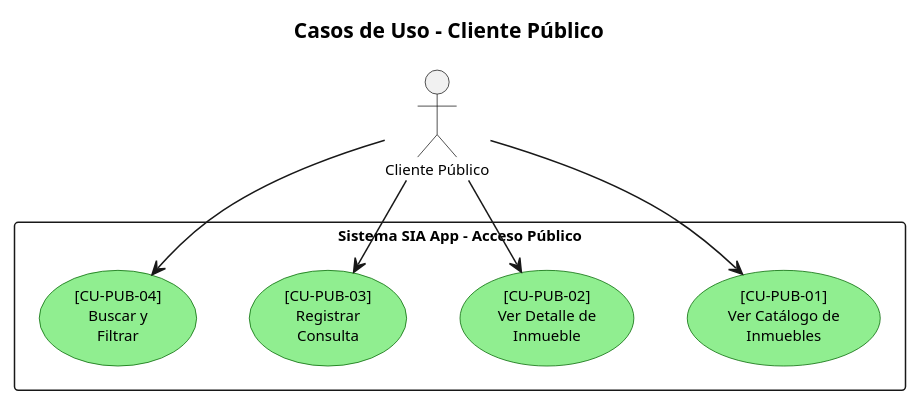
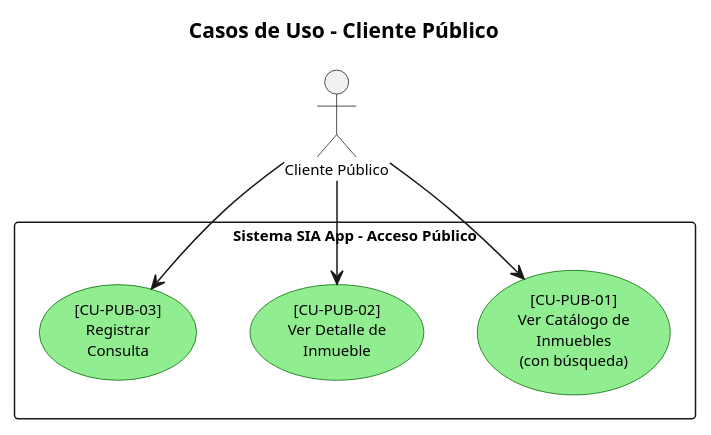
The second of 8 diagrams in documentation/CASOS_USO.puml (j4ntill3/sia_app), drawn with PlantUML before and after one commit. The commit also changed other lines of this file and 24 other files, not shown here.

```diff
--- a/documentation/CASOS_USO.puml
+++ b/documentation/CASOS_USO.puml
@@ -44,31 +44,29 @@
 @startuml CASOS_USO_PUBLICO
 
 skinparam usecase {
   BackgroundColor LightGreen
   BorderColor DarkGreen
   FontSize 11
 }
 
 skinparam actor {
   FontSize 12
 }
 
 skinparam defaultFontSize 10
 
 title Casos de Uso - Cliente Público
 
 actor "Cliente Público" as Public
 
 rectangle "Sistema SIA App - Acceso Público" {
-  usecase "[CU-PUB-01]\nVer Catálogo de\nInmuebles" as UC_ViewCatalog
+  usecase "[CU-PUB-01]\nVer Catálogo de\nInmuebles\n(con búsqueda)" as UC_ViewCatalog
   usecase "[CU-PUB-02]\nVer Detalle de\nInmueble" as UC_ViewPropertyDetail
   usecase "[CU-PUB-03]\nRegistrar\nConsulta" as UC_PublicInquiry
-  usecase "[CU-PUB-04]\nBuscar y\nFiltrar" as UC_SearchFilter
 }
 
 Public --> UC_ViewCatalog
 Public --> UC_ViewPropertyDetail
 Public --> UC_PublicInquiry
-Public --> UC_SearchFilter
 
 @enduml
```
